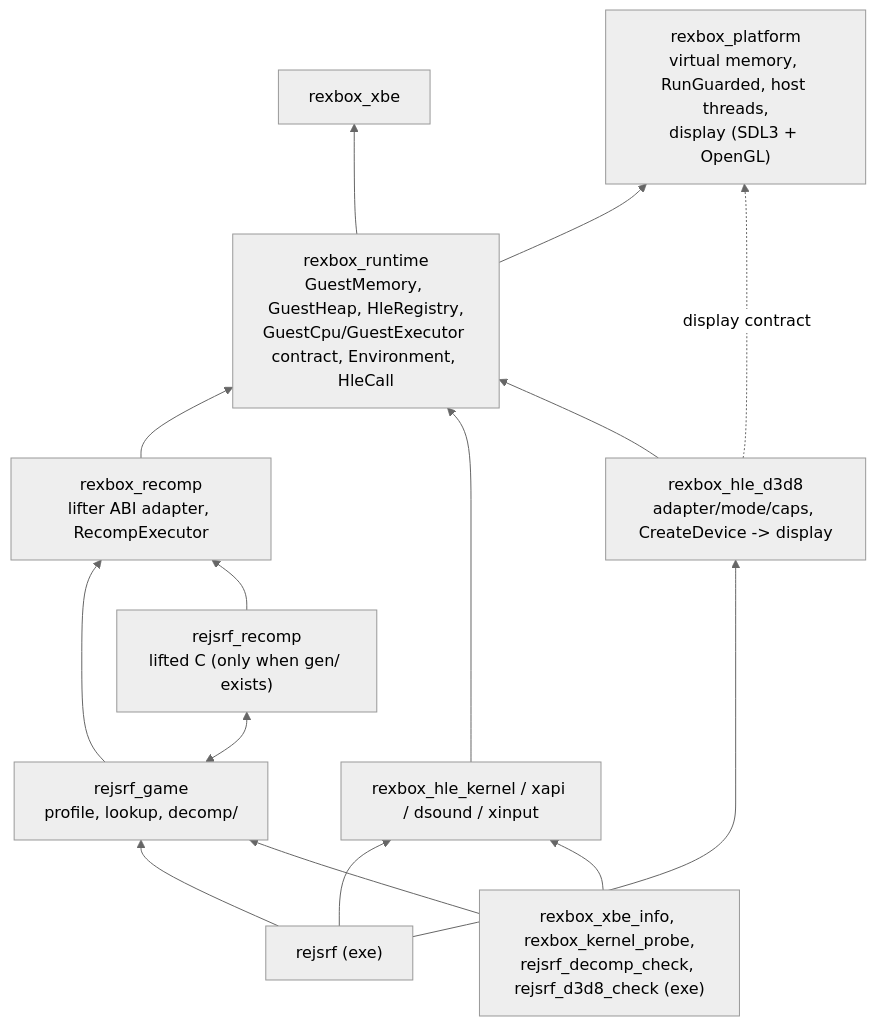
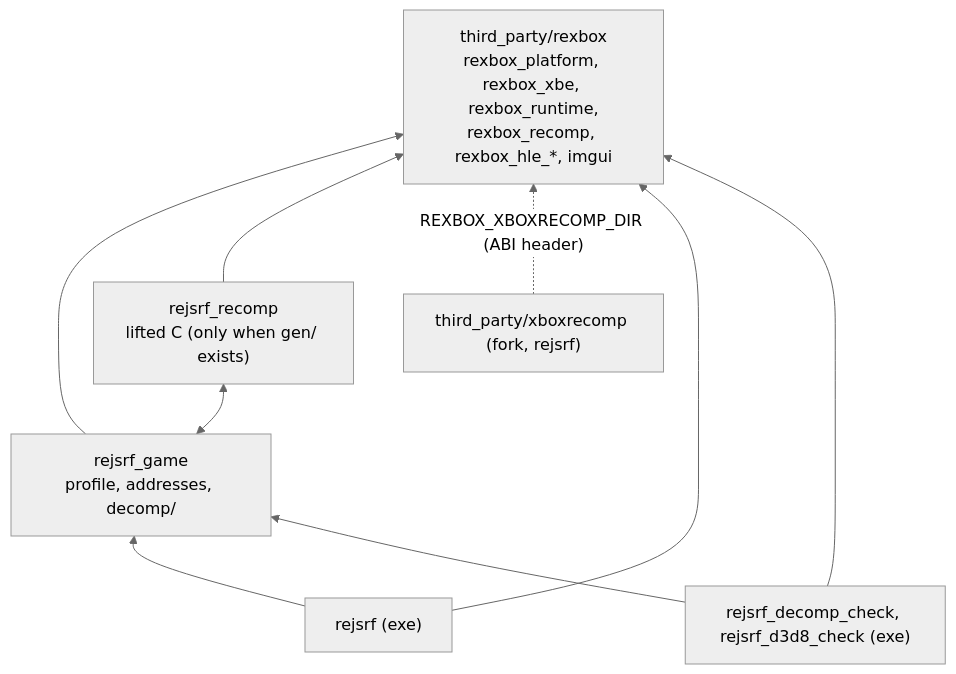
Before and after one commit to nworkers/reJSRF: the first of 3 diagrams in ARCHITECTURE.md, drawn with Mermaid (neutral theme). The commit also changed other lines of this file and 172 other files, not shown here.

Commit message:
v0.0.47: use the shared rexbox runtime as a submodule (#102)

````diff
--- a/ARCHITECTURE.md
+++ b/ARCHITECTURE.md
@@ -7,28 +7,18 @@
 ```mermaid
 flowchart BT
-    PLAT["rexbox_platform<br/>virtual memory, RunGuarded, host threads,<br/>display (SDL3 + OpenGL)"]
-    XBE["rexbox_xbe"]
-    RT["rexbox_runtime<br/>GuestMemory, GuestHeap, HleRegistry,<br/>GuestCpu/GuestExecutor contract, Environment, HleCall"]
-    REC["rexbox_recomp<br/>lifter ABI adapter, RecompExecutor"]
-    HLE["rexbox_hle_kernel / xapi / dsound / xinput"]
-    D3D["rexbox_hle_d3d8<br/>adapter/mode/caps, CreateDevice -> display"]
-    GAME["rejsrf_game<br/>profile, lookup, decomp/"]
+    RB["third_party/rexbox<br/>rexbox_platform, rexbox_xbe, rexbox_runtime,<br/>rexbox_recomp, rexbox_hle_*, imgui"]
+    GAME["rejsrf_game<br/>profile, addresses, decomp/"]
     GEN["rejsrf_recomp<br/>lifted C (only when gen/ exists)"]
     APP["rejsrf (exe)"]
-    TOOLS["rexbox_xbe_info, rexbox_kernel_probe,<br/>rejsrf_decomp_check, rejsrf_d3d8_check (exe)"]
+    TOOLS["rejsrf_decomp_check, rejsrf_d3d8_check (exe)"]
+    XR["third_party/xboxrecomp (fork, rejsrf)"]
 
-    RT --> XBE
-    RT --> PLAT
-    REC --> RT
-    HLE --> RT
-    D3D --> RT
-    D3D -. "display contract" .-> PLAT
-    GAME --> REC
+    GAME --> RB
     GAME <--> GEN
-    GEN --> REC
+    GEN --> RB
+    XR -. "REXBOX_XBOXRECOMP_DIR (ABI header)" .-> RB
     APP --> GAME
-    APP --> HLE
-    APP --> D3D
-    TOOLS --> HLE
+    APP --> RB
     TOOLS --> GAME
+    TOOLS --> RB
 ```
````
